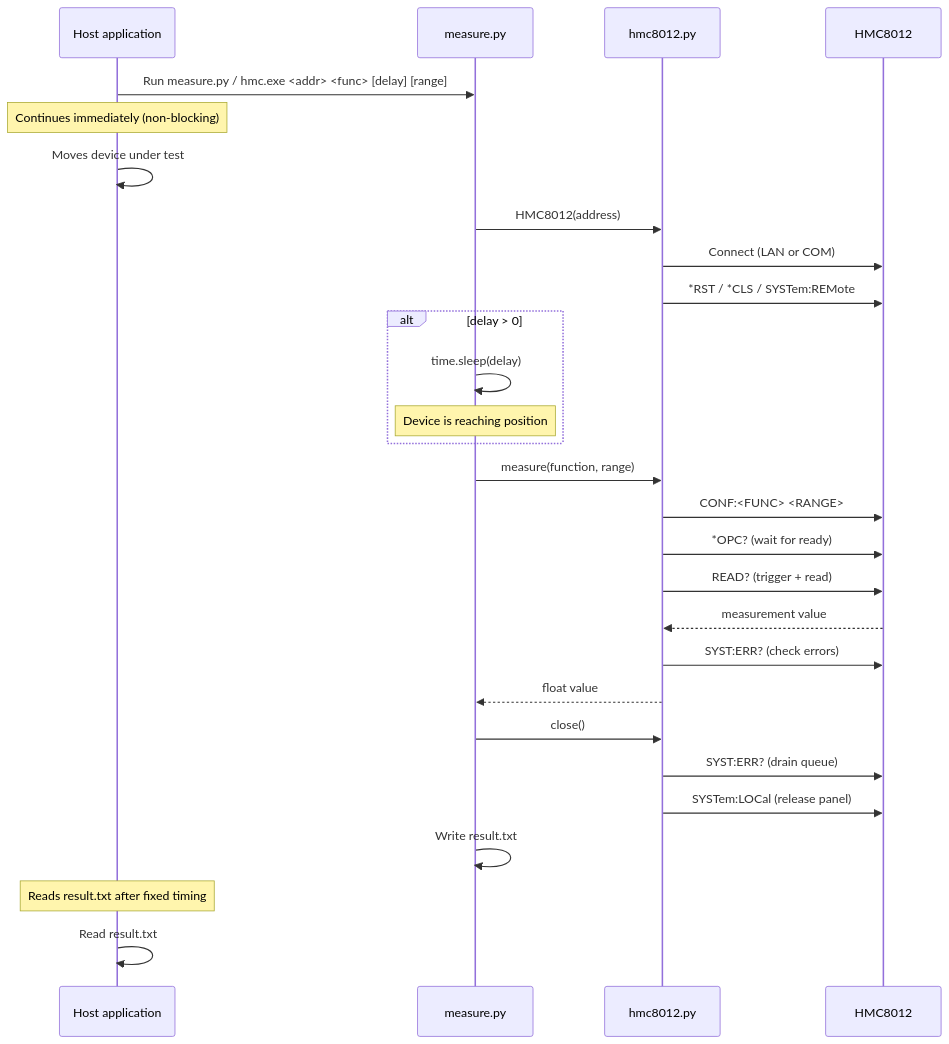
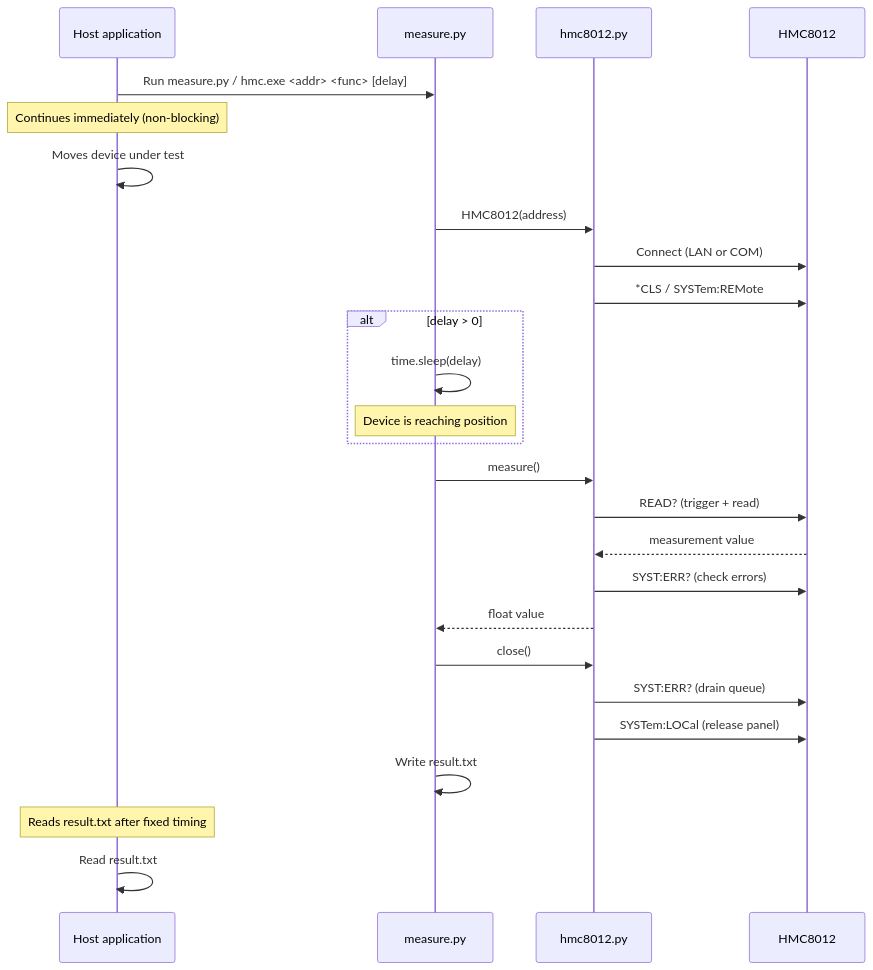
The first of 4 diagrams in README.md (YarinCardillo/hmc8012-measure), drawn with Mermaid before and after one commit. The commit also changed other lines of this file and 3 other files, not shown here.

First line of the commit message:
Decouple measure from range configuration

````diff
--- a/README.md
+++ b/README.md
@@ -104,36 +119,34 @@
 ```mermaid
 sequenceDiagram
     participant HOST as Host application
     participant PY as measure.py
     participant DRV as hmc8012.py
     participant DMM as HMC8012
 
-    HOST->>PY: Run measure.py / hmc.exe <addr> <func> [delay] [range]
+    HOST->>PY: Run measure.py / hmc.exe <addr> <func> [delay]
     Note over HOST: Continues immediately (non-blocking)
     HOST->>HOST: Moves device under test
 
     PY->>DRV: HMC8012(address)
     DRV->>DMM: Connect (LAN or COM)
-    DRV->>DMM: *RST / *CLS / SYSTem:REMote
+    DRV->>DMM: *CLS / SYSTem:REMote
 
     alt delay > 0
         PY->>PY: time.sleep(delay)
         Note over PY: Device is reaching position
     end
 
-    PY->>DRV: measure(function, range)
-    DRV->>DMM: CONF:<FUNC> <RANGE>
-    DRV->>DMM: *OPC? (wait for ready)
+    PY->>DRV: measure()
     DRV->>DMM: READ? (trigger + read)
     DMM-->>DRV: measurement value
     DRV->>DMM: SYST:ERR? (check errors)
     DRV-->>PY: float value
 
     PY->>DRV: close()
     DRV->>DMM: SYST:ERR? (drain queue)
     DRV->>DMM: SYSTem:LOCal (release panel)
 
     PY->>PY: Write result.txt
     Note over HOST: Reads result.txt after fixed timing
     HOST->>HOST: Read result.txt
 ```
````
